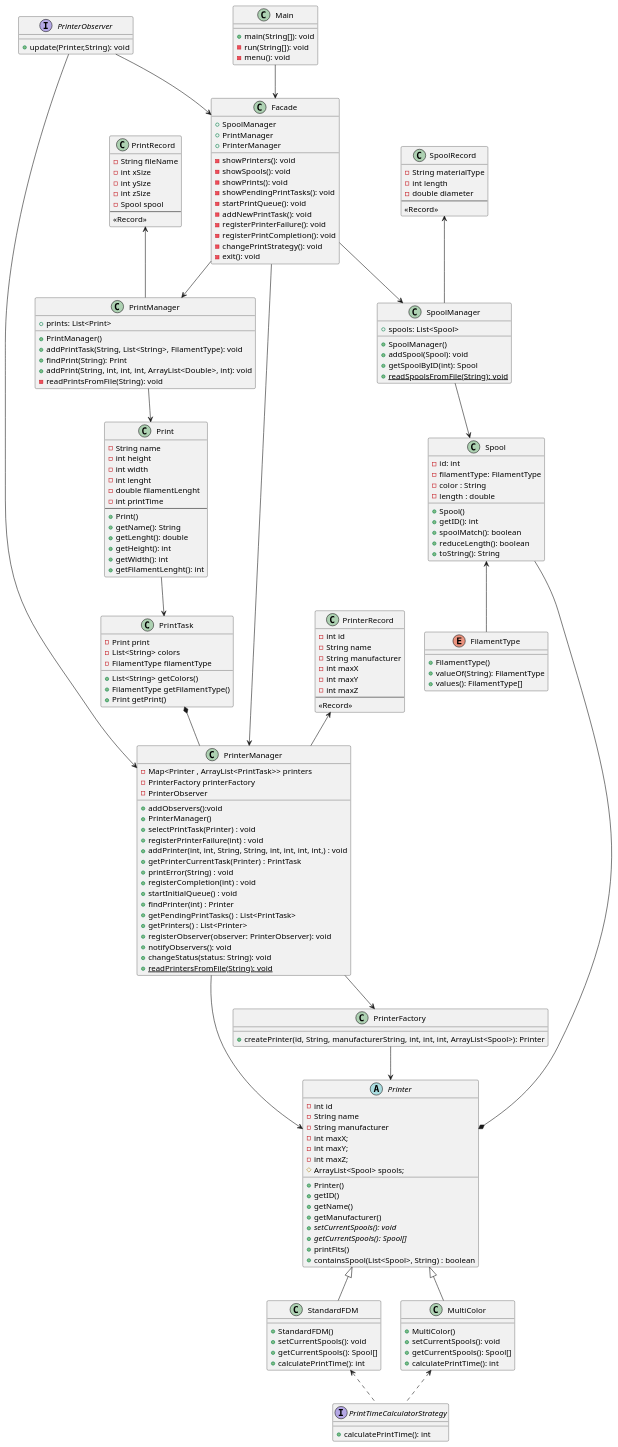
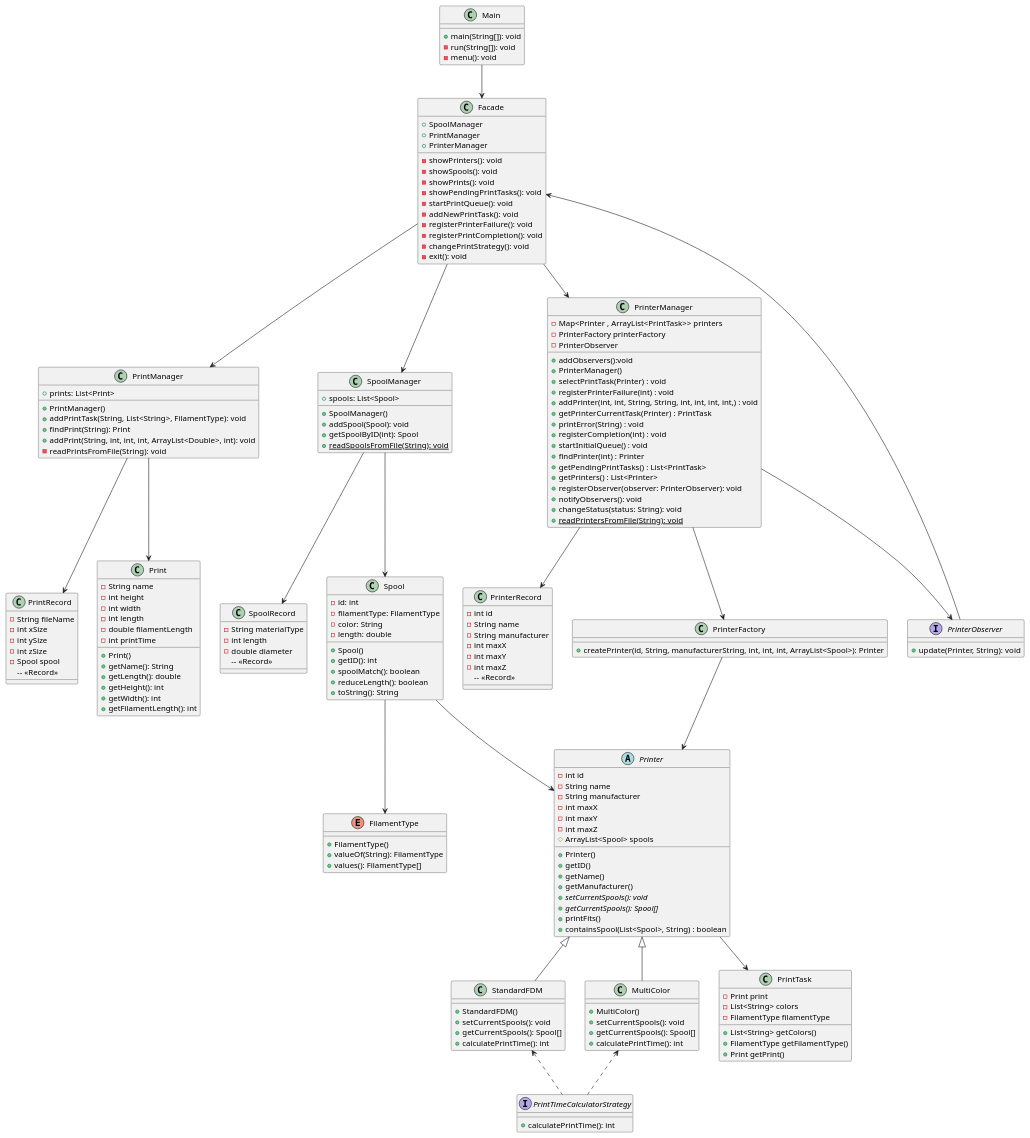
Before and after one commit to rtavares14/System-Design: the diagram in docs/Diagrams/full diagrams/Class Diagram 2.1 1part.puml, drawn with PlantUML.

Commit message:
Main diagram after refractoring remade

```diff
--- a/docs/Diagrams/full diagrams/Class Diagram 2.1 1part.puml
+++ b/docs/Diagrams/full diagrams/Class Diagram 2.1 1part.puml
@@ -66,10 +66,10 @@
 - int id
 - String name
 - String manufacturer
-- int maxX;
-- int maxY;
-- int maxZ;
-# ArrayList<Spool> spools;
+- int maxX
+- int maxY
+- int maxZ
+# ArrayList<Spool> spools
 + Printer()
 + getID()
 + getName()
@@ -79,20 +79,22 @@
 + printFits()
 + containsSpool(List<Spool>, String) : boolean
 }
+
 class StandardFDM{
 + StandardFDM()
 + setCurrentSpools(): void
 + getCurrentSpools(): Spool[]
 + calculatePrintTime(): int
 }
-class MultiColor{
+
+class MultiColor {
 + MultiColor()
 + setCurrentSpools(): void
 + getCurrentSpools(): Spool[]
 + calculatePrintTime(): int
 }
 
-interface PrintTimeCalculatorStrategy{
+interface PrintTimeCalculatorStrategy {
  + calculatePrintTime(): int
 }
 
@@ -103,16 +105,14 @@
   - int maxX
   - int maxY
   - int maxZ
-  --
-  <<Record>>
+  -- <<Record>>
 }
 
 class SpoolRecord {
   - String materialType
   - int length
   - double diameter
-  --
-  <<Record>>
+  -- <<Record>>
 }
 
 class PrintRecord {
@@ -121,31 +121,26 @@
   - int ySize
   - int zSize
   - Spool spool
-  --
-  <<Record>>
+  -- <<Record>>
 }
 
-PrinterManager -up-> PrinterRecord
-SpoolManager -up-> SpoolRecord
-PrintManager -up-> PrintRecord
 
-class Print{
+class Print {
 - String name
 - int height
 - int width
-- int lenght
-- double filamentLenght
+- int length
+- double filamentLength
 - int printTime
----
 + Print()
 + getName(): String
-+ getLenght(): double
++ getLength(): double
 + getHeight(): int
 + getWidth(): int
-+ getFilamentLenght(): int
++ getFilamentLength(): int
 }
 
-class PrintTask{
+class PrintTask {
 - Print print
 - List<String> colors
 - FilamentType filamentType
@@ -154,19 +149,19 @@
 + Print getPrint()
 }
 
-class Spool{
-    + Spool()
+class Spool {
     - id: int
     - filamentType: FilamentType
-    - color : String
-    - length : double
+    - color: String
+    - length: double
+    + Spool()
     + getID(): int
     + spoolMatch(): boolean
     + reduceLength(): boolean
     + toString(): String
 }
 
-enum FilamentType{
+enum FilamentType {
   + FilamentType()
   + valueOf(String): FilamentType
   + values(): FilamentType[]
@@ -175,34 +170,30 @@
 class PrinterFactory {
     + createPrinter(id, String, manufacturerString, int, int, int, ArrayList<Spool>): Printer
 }
-interface PrinterObserver{
-+ update(Printer,String): void
+
+interface PrinterObserver {
++ update(Printer, String): void
 }
 
+Main --> Facade
+Facade --> SpoolManager
+Facade --> PrintManager
+Facade --> PrinterManager
+PrintManager --> Print
+PrintManager --> PrintRecord
+SpoolManager --> Spool
+SpoolManager --> SpoolRecord
+Spool --> FilamentType
+Spool --> Printer
 PrinterManager --> PrinterFactory
 PrinterFactory --> Printer
-PrinterObserver --> Facade
-PrinterObserver --> PrinterManager
-
-Main -down-> Facade
-
-Facade -down-> SpoolManager
-SpoolManager -down-> Spool
-Spool <-- FilamentType
-Spool --* Printer
-
-Facade -down-> PrintManager
-PrintManager -down-> Print
-Print -down-> PrintTask
-PrintTask *-- PrinterManager
-
-Facade -down-> PrinterManager
-PrinterManager -down-> Printer
+Printer --> PrintTask
 Printer <|-- StandardFDM
 Printer <|-- MultiColor
 StandardFDM <.. PrintTimeCalculatorStrategy
 MultiColor <.. PrintTimeCalculatorStrategy
-
-
+PrinterManager --> PrinterRecord
+PrinterManager --> PrinterObserver
+PrinterObserver --> Facade
 
 @enduml
```
